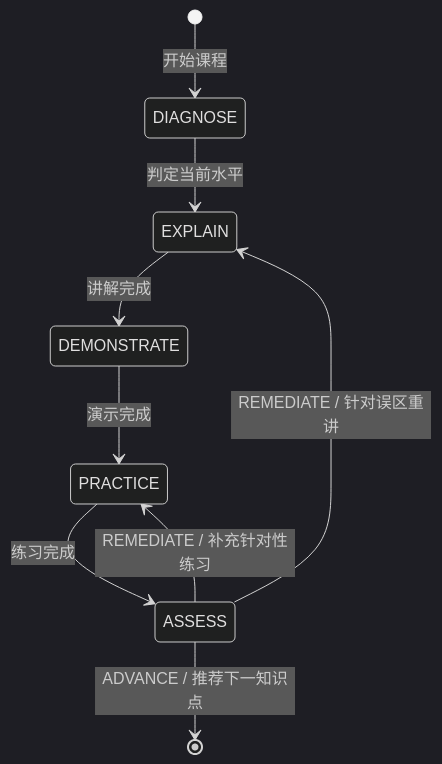
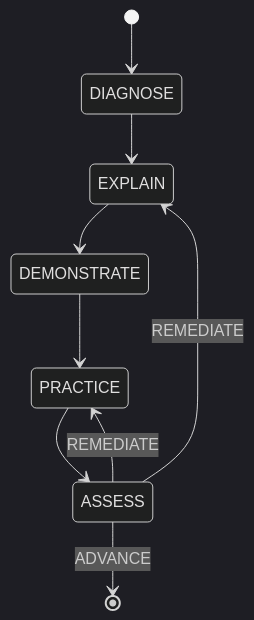
One commit to Timcai06/EduCanvas changed the fourth of 4 diagrams in README.md. Above: the diagram before and after it, drawn with Mermaid (dark theme). The commit also changed other lines of this file and 25 other files, not shown here.

````diff
--- a/README.md
+++ b/README.md
@@ -122,11 +212,11 @@
 ```mermaid
 stateDiagram-v2
-    [*] --> DIAGNOSE: 开始课程
-    DIAGNOSE --> EXPLAIN: 判定当前水平
-    EXPLAIN --> DEMONSTRATE: 讲解完成
-    DEMONSTRATE --> PRACTICE: 演示完成
-    PRACTICE --> ASSESS: 练习完成
-    ASSESS --> EXPLAIN: REMEDIATE / 针对误区重讲
-    ASSESS --> PRACTICE: REMEDIATE / 补充针对性练习
-    ASSESS --> [*]: ADVANCE / 推荐下一知识点
+    [*] --> DIAGNOSE
+    DIAGNOSE --> EXPLAIN
+    EXPLAIN --> DEMONSTRATE
+    DEMONSTRATE --> PRACTICE
+    PRACTICE --> ASSESS
+    ASSESS --> EXPLAIN: REMEDIATE
+    ASSESS --> PRACTICE: REMEDIATE
+    ASSESS --> [*]: ADVANCE
 ```
````
